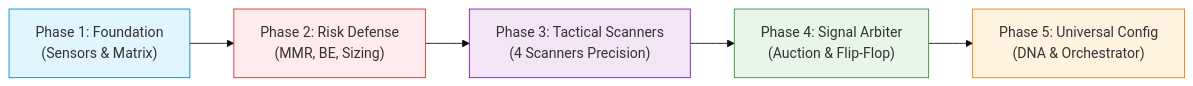
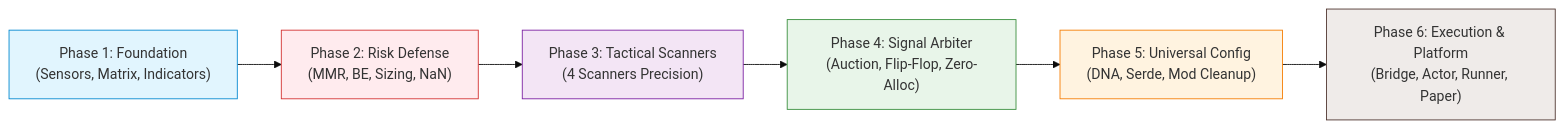
Before and after one commit to sylason/helios: the second of 2 diagrams in strategies_backtests/helios/docs/audit_01/ROADMAP.md, drawn with Mermaid (base theme). The commit also changed other lines of this file and 12 other files, not shown here.

Commit message:
feat(helios): implement liquidation and MMR guard for risk manager (TODO-RSK-01)

````diff
--- a/strategies_backtests/helios/docs/audit_01/ROADMAP.md
+++ b/strategies_backtests/helios/docs/audit_01/ROADMAP.md
@@ -83,13 +95,15 @@
 ```mermaid
 flowchart LR
-    P1["Phase 1: Foundation<br>(Sensors & Matrix)"] --> P2["Phase 2: Risk Defense<br>(MMR, BE, Sizing)"]
+    P1["Phase 1: Foundation<br>(Sensors, Matrix, Indicators)"] --> P2["Phase 2: Risk Defense<br>(MMR, BE, Sizing, NaN)"]
     P2 --> P3["Phase 3: Tactical Scanners<br>(4 Scanners Precision)"]
-    P3 --> P4["Phase 4: Signal Arbiter<br>(Auction & Flip-Flop)"]
-    P4 --> P5["Phase 5: Universal Config<br>(DNA & Orchestrator)"]
+    P3 --> P4["Phase 4: Signal Arbiter<br>(Auction, Flip-Flop, Zero-Alloc)"]
+    P4 --> P5["Phase 5: Universal Config<br>(DNA, Serde, Mod Cleanup)"]
+    P5 --> P6["Phase 6: Execution & Platform<br>(Bridge, Actor, Runner, Paper)"]
 
     style P1 fill:#e1f5fe,stroke:#0288d1
     style P2 fill:#ffebee,stroke:#d32f2f
     style P3 fill:#f3e5f5,stroke:#7b1fa2
     style P4 fill:#e8f5e9,stroke:#388e3c
     style P5 fill:#fff3e0,stroke:#f57c00
+    style P6 fill:#efebe9,stroke:#4e342e
 ```
````
